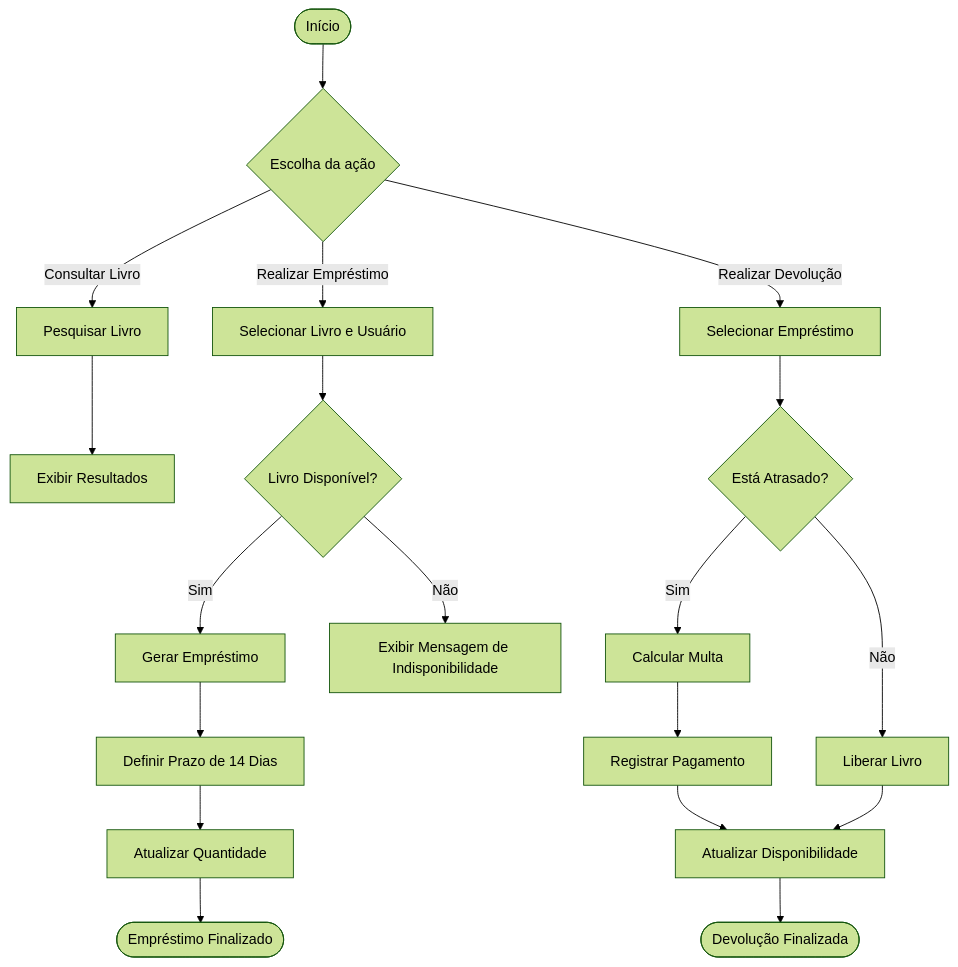
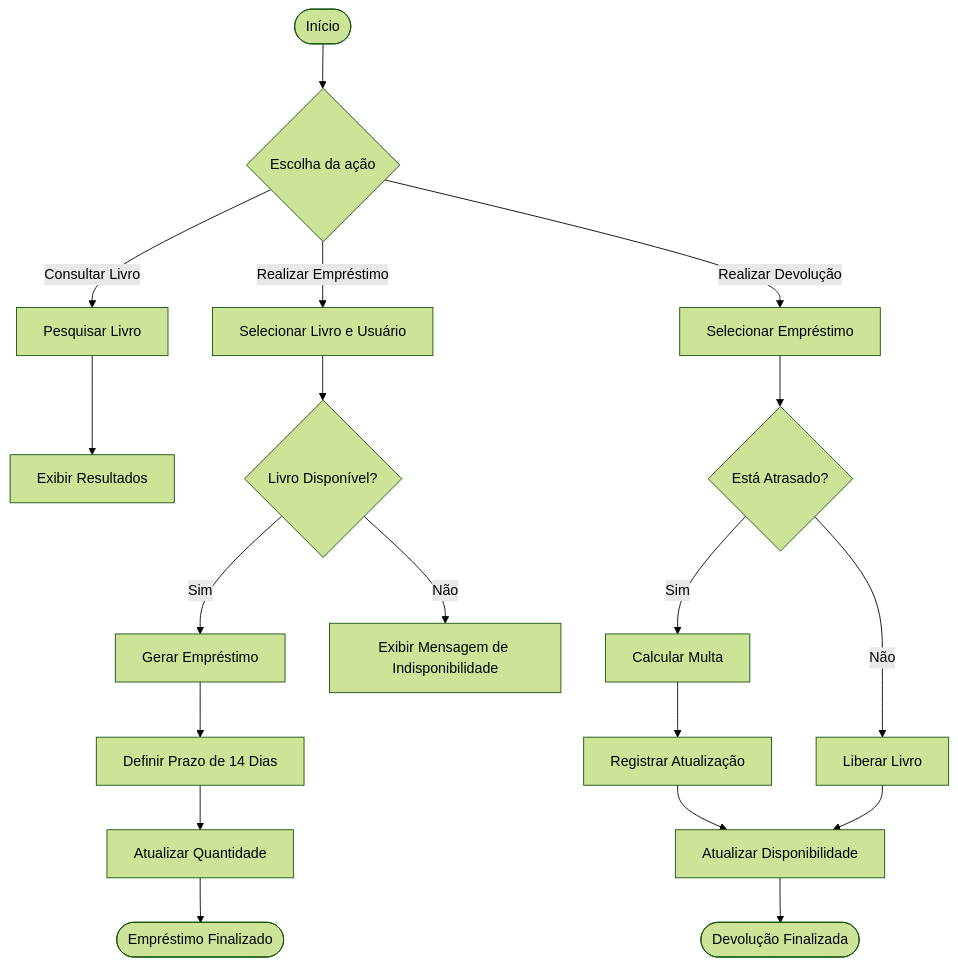
One commit to andremw7/java-library-system changed the diagram in README.md. Above: the diagram before and after it, drawn with Mermaid (forest theme). The commit also changed other lines of this file, not shown here.

````diff
--- a/README.md
+++ b/README.md
@@ -197,31 +235,31 @@
 ```mermaid
 flowchart TD
 
     A([Início]) --> B{Escolha da ação}
 
     B -->|Consultar Livro| C[Pesquisar Livro]
     C --> D[Exibir Resultados]
 
     B -->|Realizar Empréstimo| E[Selecionar Livro e Usuário]
     E --> F{Livro Disponível?}
 
     F -->|Sim| G[Gerar Empréstimo]
     G --> H[Definir Prazo de 14 Dias]
     H --> I[Atualizar Quantidade]
     I --> J([Empréstimo Finalizado])
 
     F -->|Não| K[Exibir Mensagem de Indisponibilidade]
 
     B -->|Realizar Devolução| L[Selecionar Empréstimo]
     L --> M{Está Atrasado?}
 
     M -->|Sim| N[Calcular Multa]
-    N --> O[Registrar Pagamento]
+    N --> O[Registrar Atualização]
 
     M -->|Não| P[Liberar Livro]
 
     O --> Q[Atualizar Disponibilidade]
     P --> Q
 
     Q --> R([Devolução Finalizada])
 ```
````
